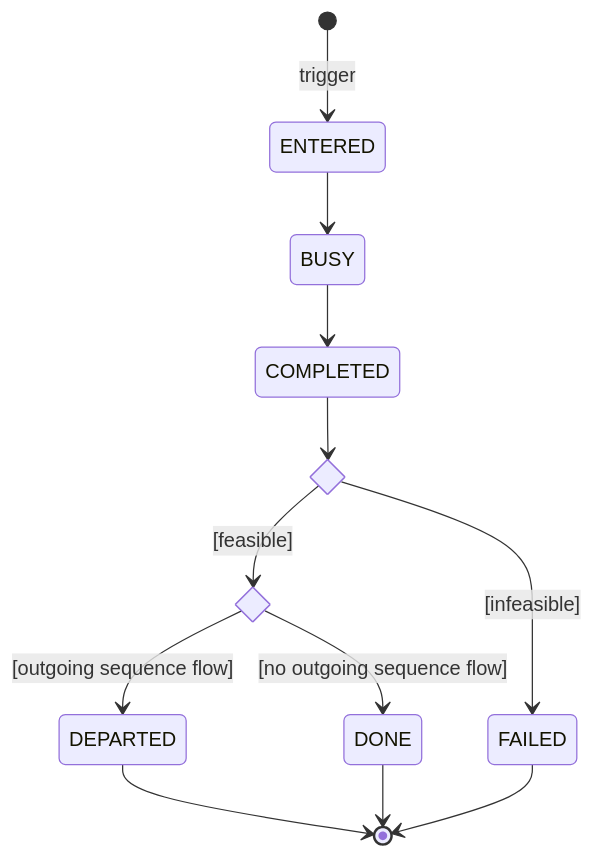
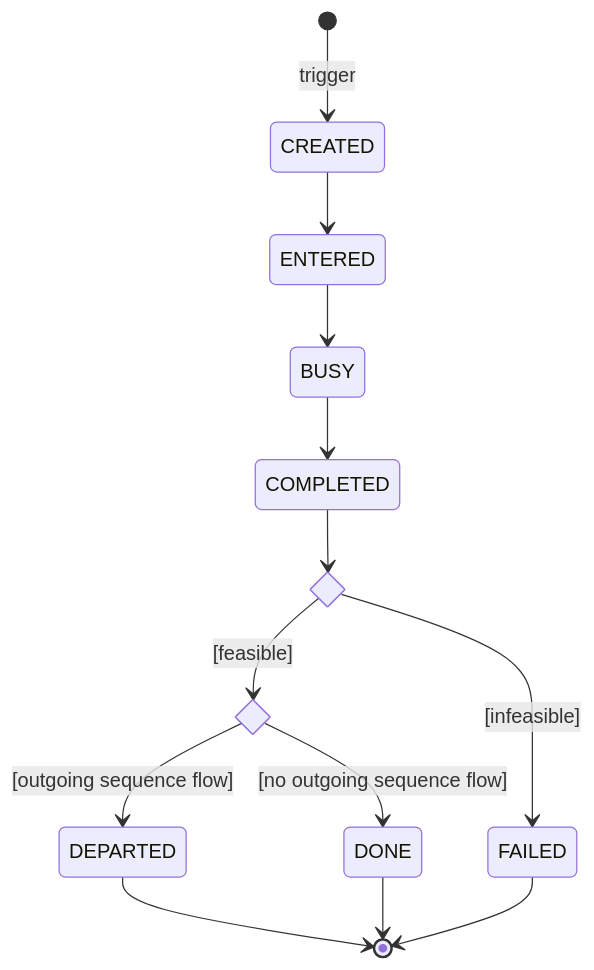
Before and after one commit to bpmn-os/bpmnos-engine: the diagram in docs/md/logic/token_flow_logic_typed_start_events.md, drawn with Mermaid. The commit also changed other lines of this file and 16 other files, not shown here.

```diff
--- a/docs/md/logic/token_flow_logic_typed_start_events.md
+++ b/docs/md/logic/token_flow_logic_typed_start_events.md
@@ -16,16 +16,17 @@
 <pre class="mermaid">
 stateDiagram-v2
     state feasibleEntry <<choice>>
     state departure <<choice>>
-    [*] --> ENTERED: trigger
+    [*] --> CREATED: trigger
+    CREATED --> ENTERED
     ENTERED --> BUSY
     BUSY --> COMPLETED
     COMPLETED --> feasibleEntry
     feasibleEntry --> departure: [feasible]
     feasibleEntry --> FAILED: [infeasible]
     departure --> DEPARTED: [outgoing sequence flow]
     departure --> DONE: [no outgoing sequence flow]
     DEPARTED --> [*]
     DONE --> [*]
     FAILED --> [*]
 </pre>
```
